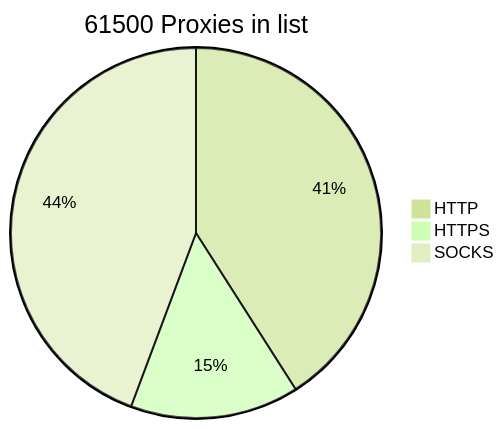
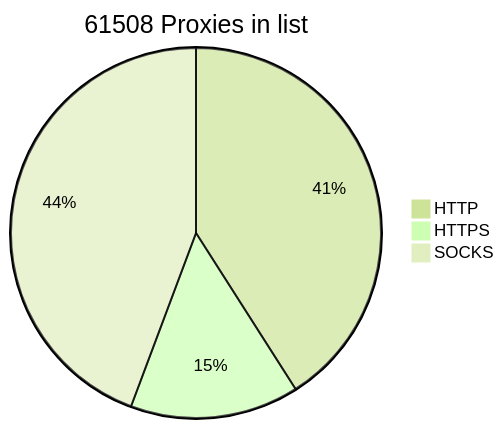
One commit to BlackSnowDot/proxylist-update-every-minute changed the diagram in README.md. Above: the diagram before and after it, drawn with Mermaid (forest theme).

````diff
--- a/README.md
+++ b/README.md
@@ -2,6 +2,6 @@
 ```mermaid
-pie title 61500 Proxies in list
-    "HTTP" : 28576
-    "HTTPS": 10280
+pie title 61508 Proxies in list
+    "HTTP" : 28578
+    "HTTPS": 10288
     "SOCKS" : 30902
 ```
````
